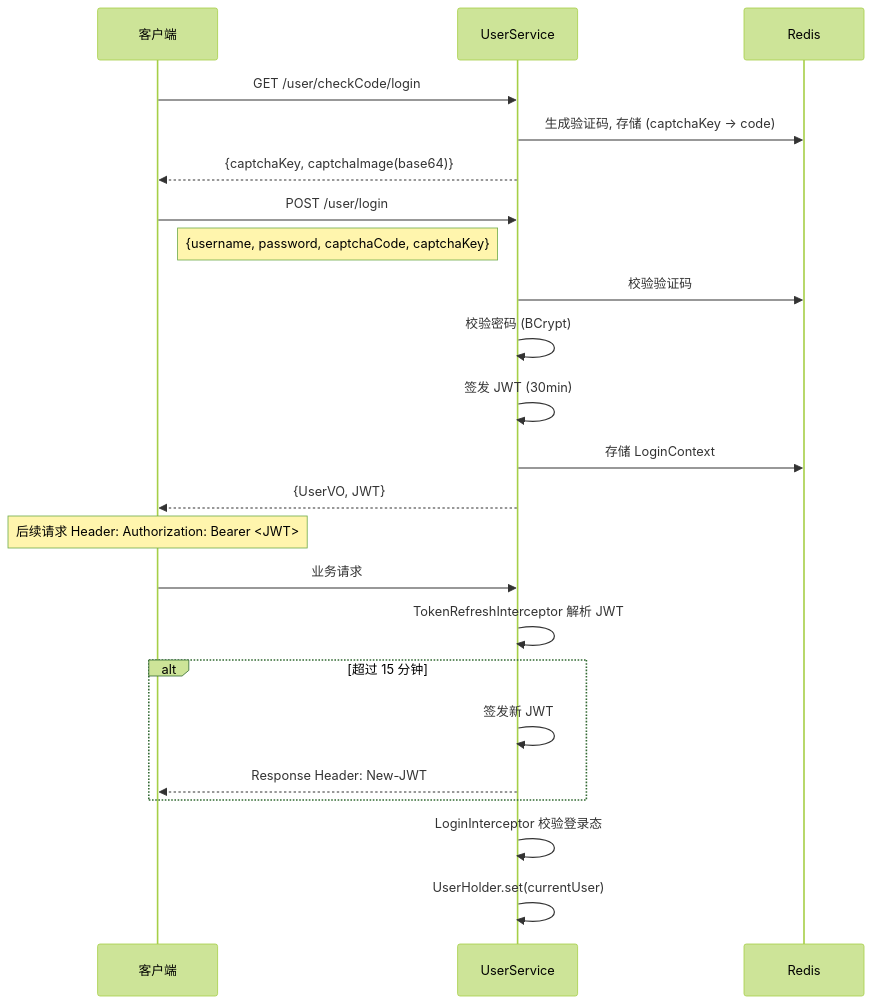
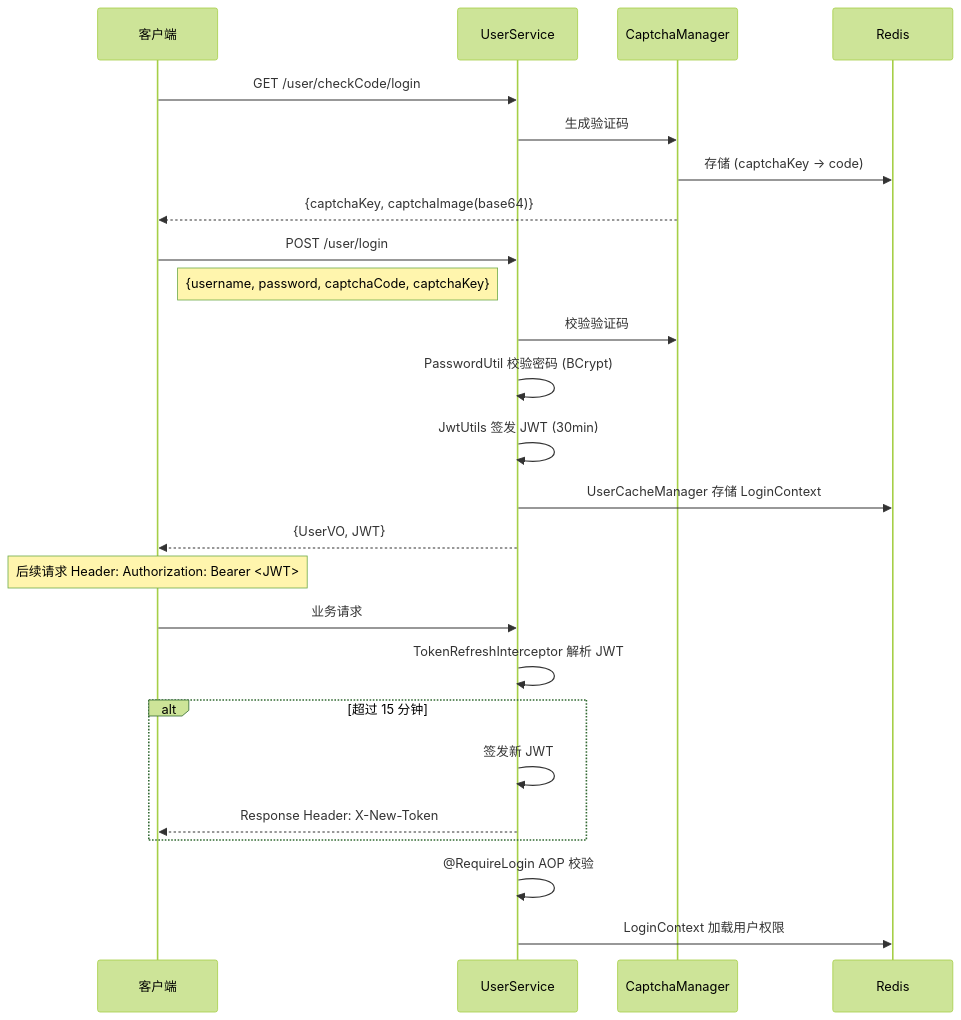
The fourth of 8 diagrams in model/uml_diagrams.md (FishDuM/AI.Image.Material.Collaboration.Platform), drawn with Mermaid (forest theme) before and after one commit. The commit also changed other lines of this file and 2 other files, not shown here.

````diff
--- a/model/uml_diagrams.md
+++ b/model/uml_diagrams.md
@@ -503,29 +556,31 @@
 ```mermaid
 sequenceDiagram
     participant C as 客户端
     participant S as UserService
+    participant CM as CaptchaManager
     participant R as Redis
 
     C->>S: GET /user/checkCode/login
-    S->>R: 生成验证码, 存储 (captchaKey → code)
-    S-->>C: {captchaKey, captchaImage(base64)}
+    S->>CM: 生成验证码
+    CM->>R: 存储 (captchaKey → code)
+    CM-->>C: {captchaKey, captchaImage(base64)}
 
     C->>S: POST /user/login
     Note right of C: {username, password, captchaCode, captchaKey}
-    S->>R: 校验验证码
-    S->>S: 校验密码 (BCrypt)
-    S->>S: 签发 JWT (30min)
-    S->>R: 存储 LoginContext
+    S->>CM: 校验验证码
+    S->>S: PasswordUtil 校验密码 (BCrypt)
+    S->>S: JwtUtils 签发 JWT (30min)
+    S->>R: UserCacheManager 存储 LoginContext
     S-->>C: {UserVO, JWT}
 
     Note over C: 后续请求 Header: Authorization: Bearer <JWT>
 
     C->>S: 业务请求
     S->>S: TokenRefreshInterceptor 解析 JWT
     alt 超过 15 分钟
         S->>S: 签发新 JWT
-        S-->>C: Response Header: New-JWT
+        S-->>C: Response Header: X-New-Token
     end
-    S->>S: LoginInterceptor 校验登录态
-    S->>S: UserHolder.set(currentUser)
+    S->>S: @RequireLogin AOP 校验
+    S->>R: LoginContext 加载用户权限
 ```
````
